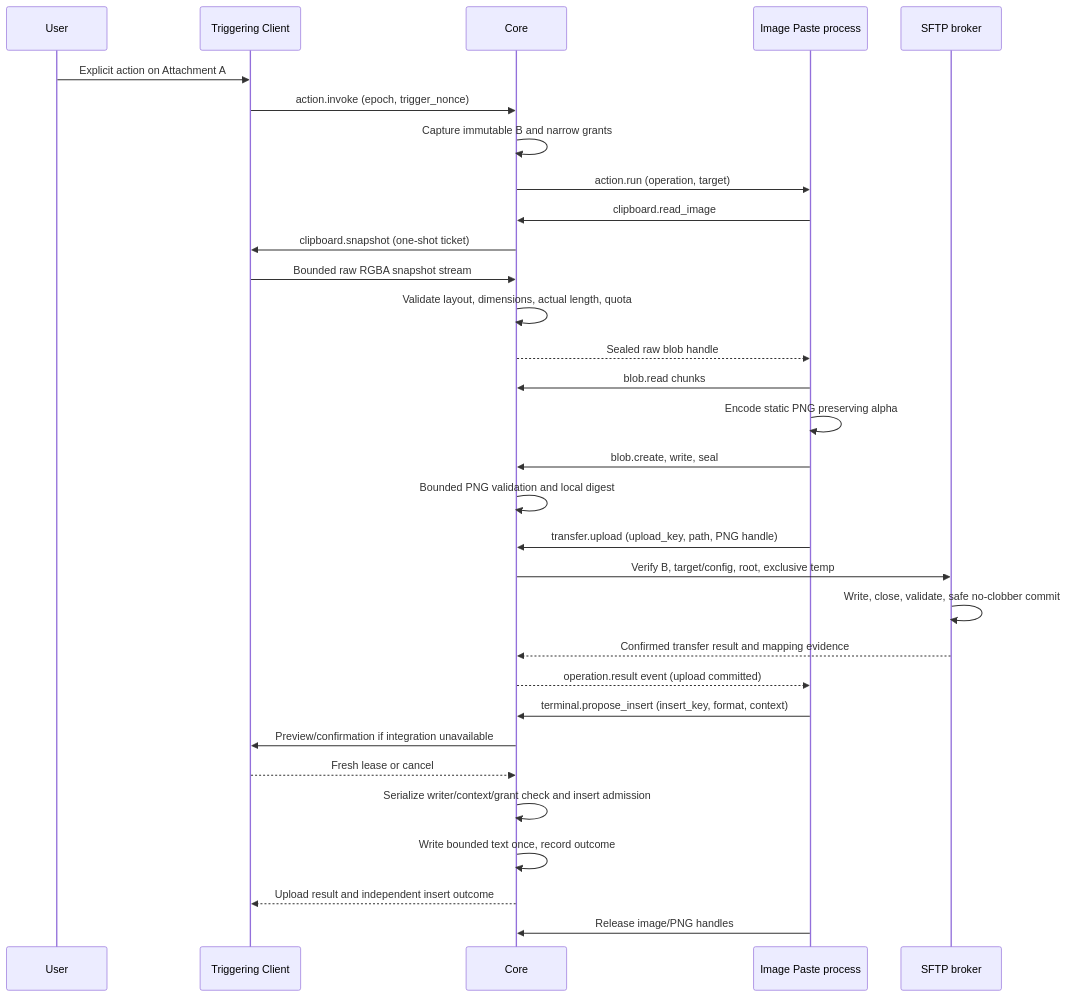
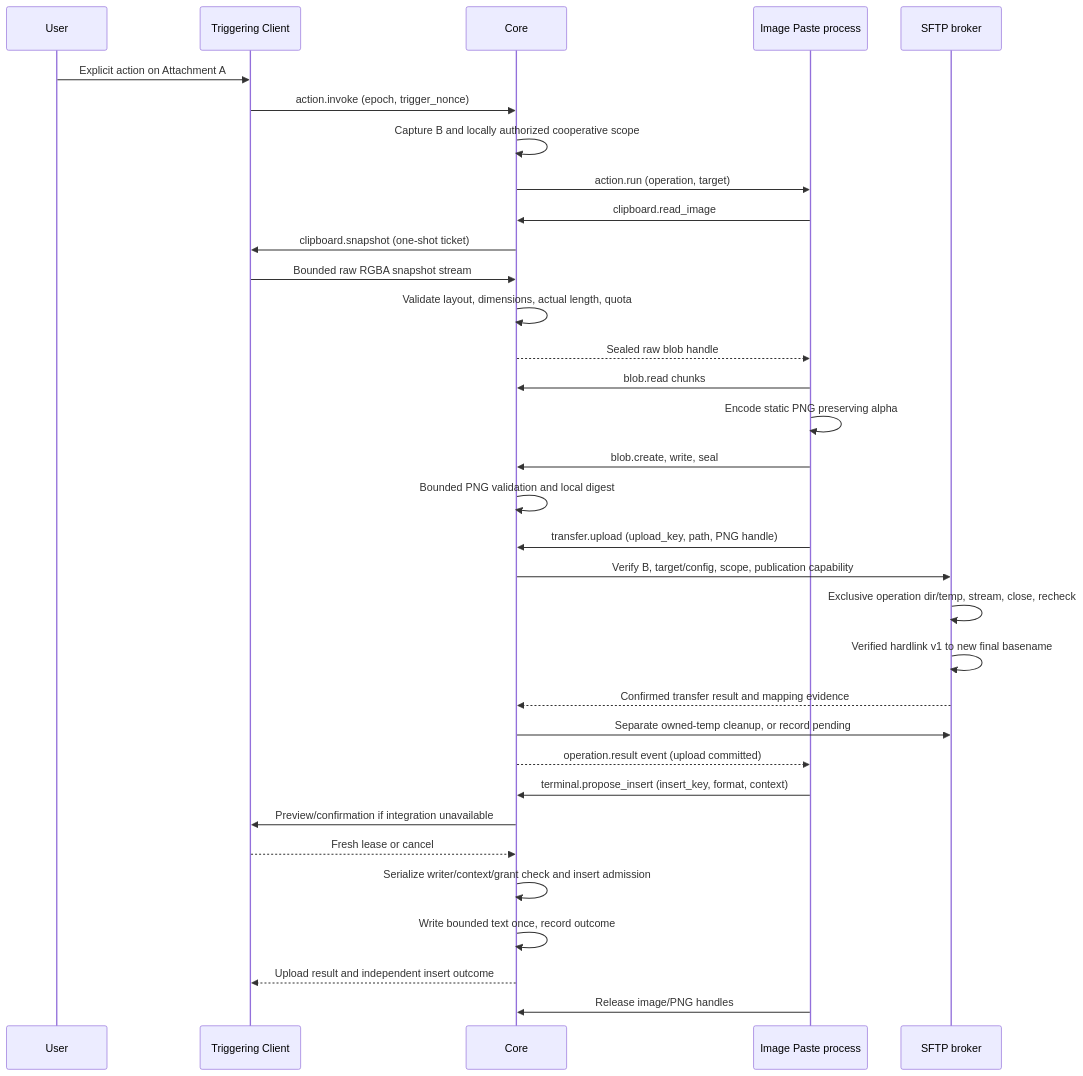
One commit to sparkuru/sshx changed the diagram in docs/image-paste.md. Above: the diagram before and after it, drawn with Mermaid. The commit also changed other lines of this file and 25 other files, not shown here.

Commit message:
docs: define cooperative upload-root contract

```diff
--- a/docs/image-paste.md
+++ b/docs/image-paste.md
@@ -13,33 +15,35 @@
 ~~~mermaid
 sequenceDiagram
     participant U as User
     participant C as Triggering Client
     participant K as Core
     participant P as Image Paste process
     participant S as SFTP broker
     U->>C: Explicit action on Attachment A
     C->>K: action.invoke (epoch, trigger_nonce)
-    K->>K: Capture immutable B and narrow grants
+    K->>K: Capture B and locally authorized cooperative scope
     K->>P: action.run (operation, target)
     P->>K: clipboard.read_image
     K->>C: clipboard.snapshot (one-shot ticket)
     C->>K: Bounded raw RGBA snapshot stream
     K->>K: Validate layout, dimensions, actual length, quota
     K-->>P: Sealed raw blob handle
     P->>K: blob.read chunks
     P->>P: Encode static PNG preserving alpha
     P->>K: blob.create, write, seal
     K->>K: Bounded PNG validation and local digest
     P->>K: transfer.upload (upload_key, path, PNG handle)
-    K->>S: Verify B, target/config, root, exclusive temp
-    S->>S: Write, close, validate, safe no-clobber commit
+    K->>S: Verify B, target/config, scope, publication capability
+    S->>S: Exclusive operation dir/temp, stream, close, recheck
+    S->>S: Verified hardlink v1 to new final basename
     S-->>K: Confirmed transfer result and mapping evidence
+    K->>S: Separate owned-temp cleanup, or record pending
     K-->>P: operation.result event (upload committed)
     P->>K: terminal.propose_insert (insert_key, format, context)
     K->>C: Preview/confirmation if integration unavailable
     C-->>K: Fresh lease or cancel
     K->>K: Serialize writer/context/grant check and insert admission
     K->>K: Write bounded text once, record outcome
     K-->>C: Upload result and independent insert outcome
     P->>K: Release image/PNG handles
 ~~~
```
